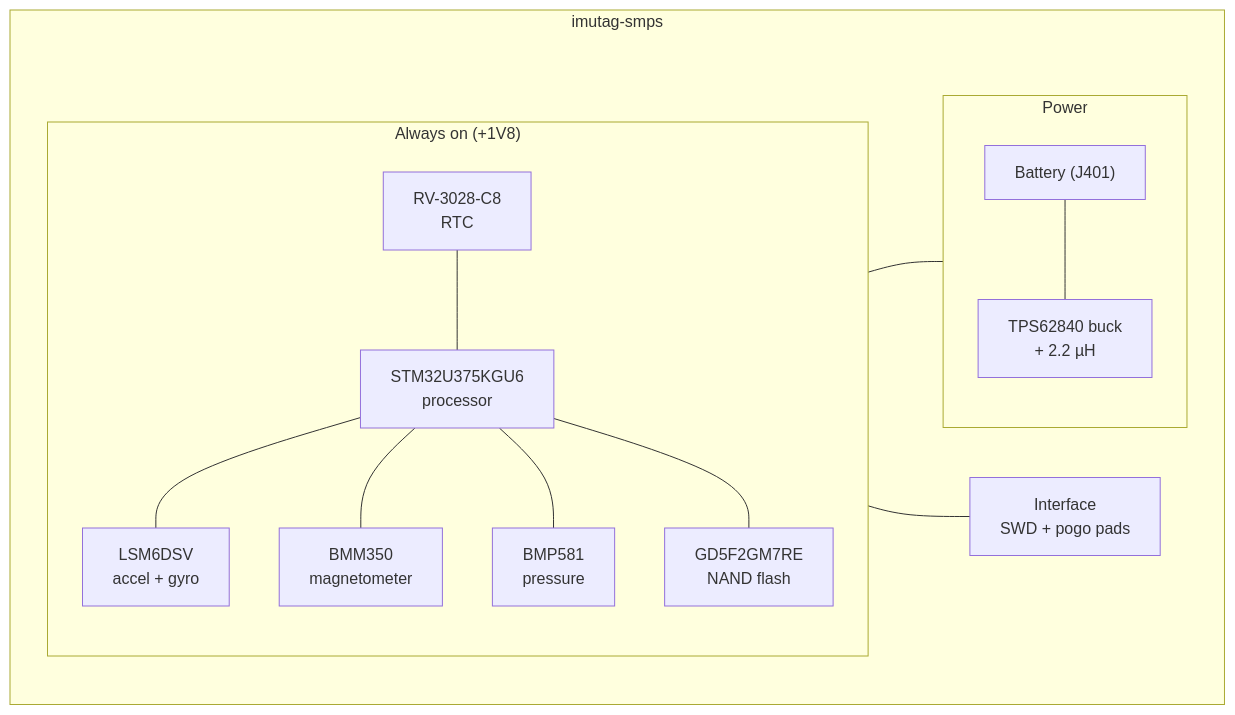
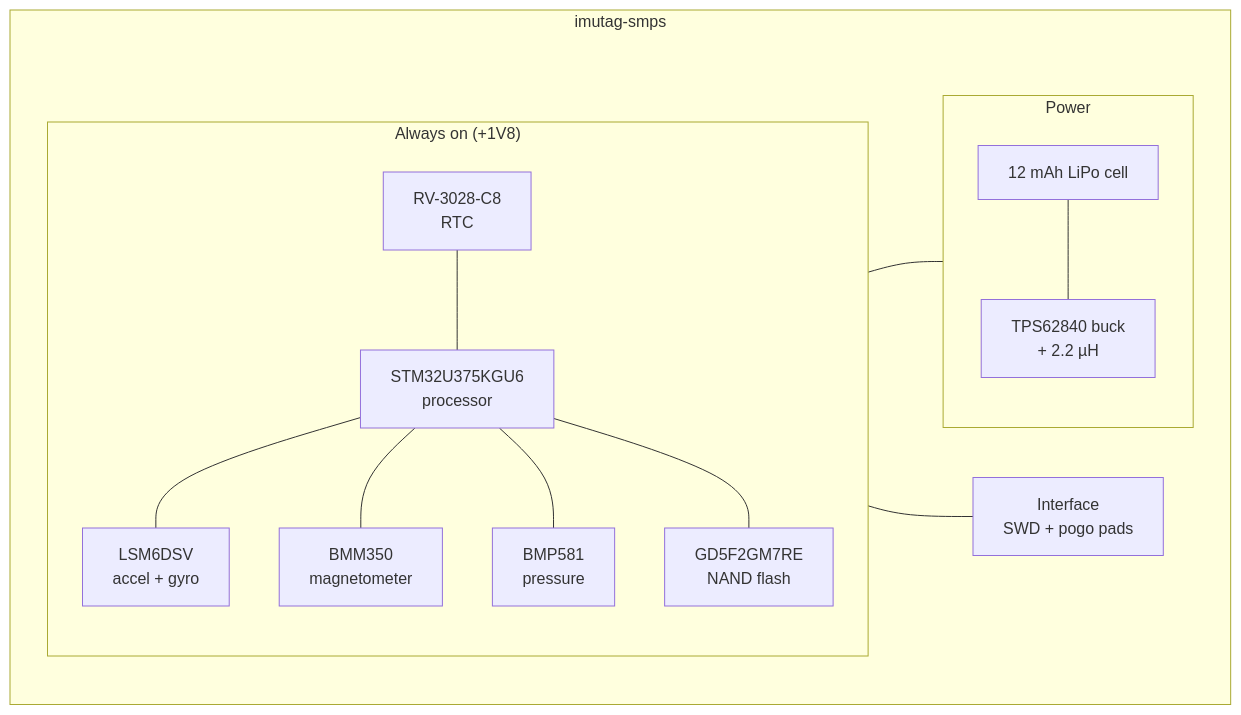
One commit to tag-designs/hardware changed the diagram in docs/src/tags/imutag.md. Above: the diagram before and after it, drawn with Mermaid. The commit also changed other lines of this file and 7 other files, not shown here.

First line of the commit message:
docs: name the cells, fix two diagrams, indent the side index

````diff
--- a/docs/src/tags/imutag.md
+++ b/docs/src/tags/imutag.md
@@ -10,28 +10,28 @@
 ```mermaid
 flowchart LR
   subgraph TAG[imutag-smps]
     direction LR
     subgraph ON["Always on (+1V8)"]
       direction TB
       RTC["RV-3028-C8<br/>RTC"]
       MCU["STM32U375KGU6<br/>processor"]
       IMU["LSM6DSV<br/>accel + gyro"]
       MAG["BMM350<br/>magnetometer"]
       PRS["BMP581<br/>pressure"]
       NAND["GD5F2GM7RE<br/>NAND flash"]
       RTC --- MCU
       MCU --- IMU
       MCU --- MAG
       MCU --- PRS
       MCU --- NAND
     end
     subgraph PWR[Power]
-      BAT["Battery (J401)"]
+      BAT["12 mAh LiPo cell"]
       BUCK["TPS62840 buck<br/>+ 2.2 µH"]
       BAT --- BUCK
     end
     IF["Interface<br/>SWD + pogo pads"]
   end
   ON --- PWR
   ON --- IF
 ```
````
